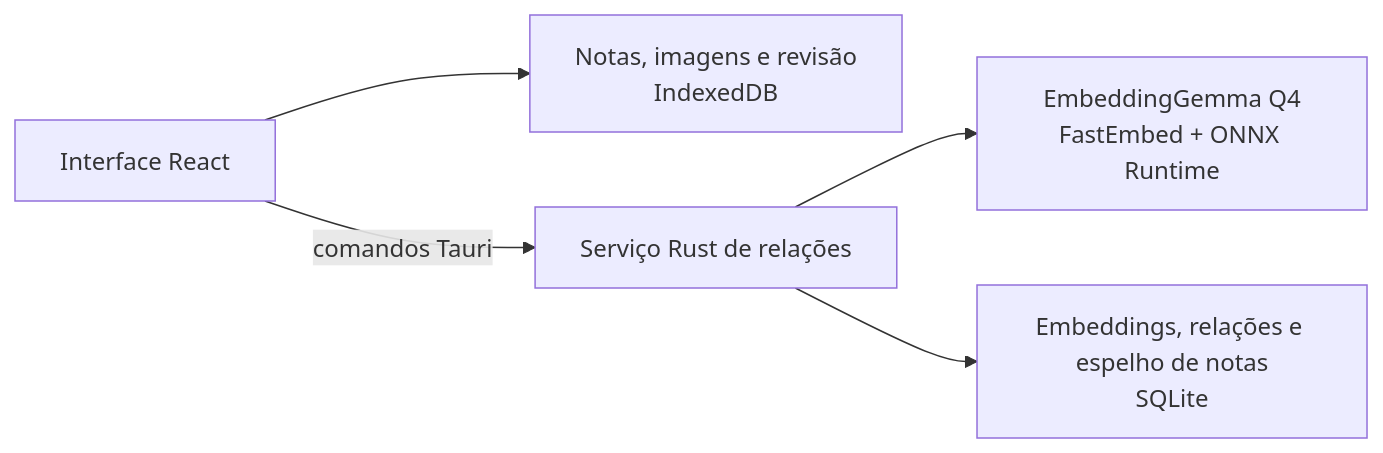
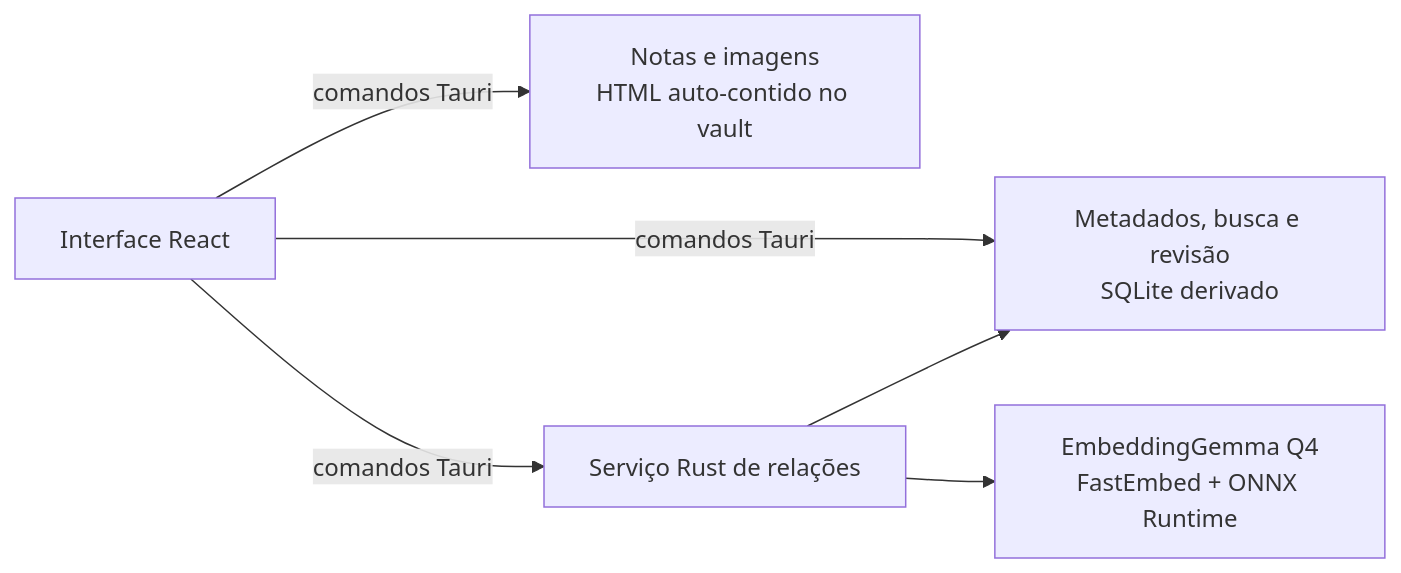
One commit to rafaelkenedy/hyperzettel changed the diagram in README.md. Above: the diagram before and after it, drawn with Mermaid. The commit also changed other lines of this file and 3 other files, not shown here.

````diff
--- a/README.md
+++ b/README.md
@@ -69,7 +70,8 @@
 ```mermaid
 flowchart LR
-    UI["Interface React"] --> NOTES["Notas, imagens e revisão\nIndexedDB"]
+    UI["Interface React"] -->|comandos Tauri| VAULT["Notas e imagens\nHTML auto-contido no vault"]
+    UI -->|comandos Tauri| INDEX["Metadados, busca e revisão\nSQLite derivado"]
     UI -->|comandos Tauri| SERVICE["Serviço Rust de relações"]
     SERVICE --> MODEL["EmbeddingGemma Q4\nFastEmbed + ONNX Runtime"]
-    SERVICE --> DB["Embeddings, relações e espelho de notas\nSQLite"]
+    SERVICE --> INDEX
 ```
````
